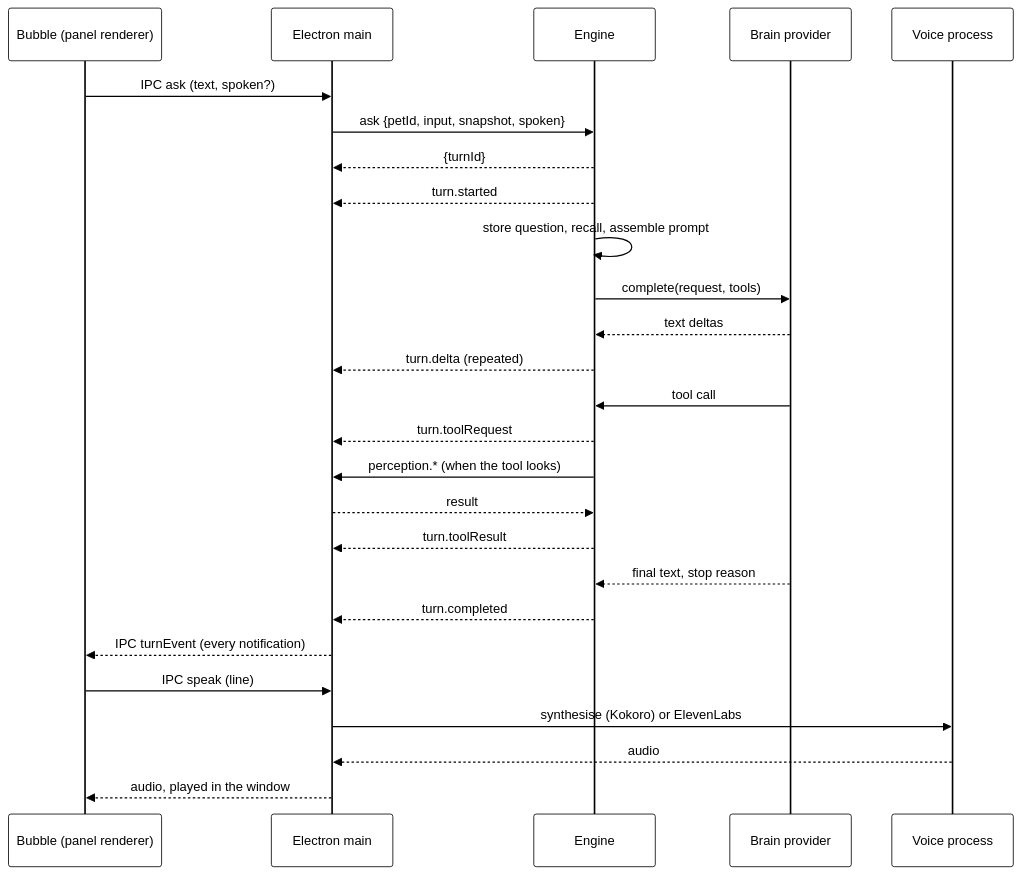
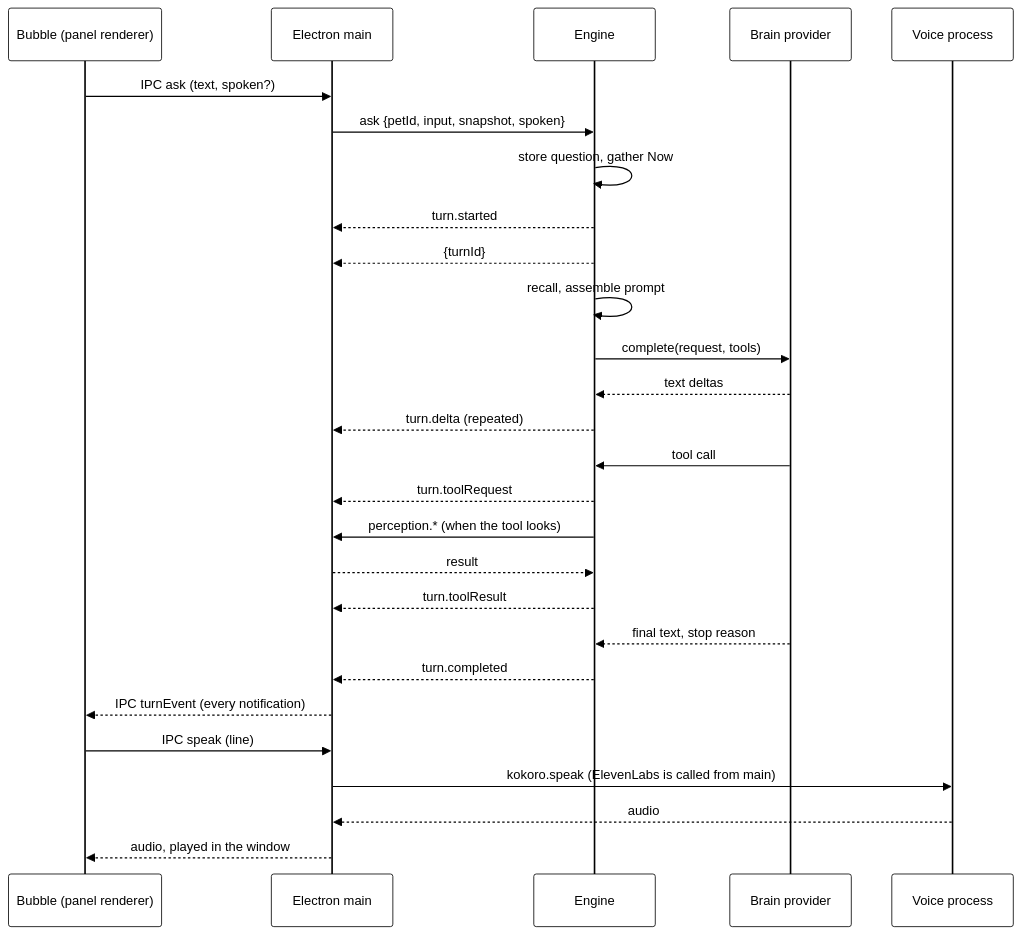
The third of 4 diagrams in docs/architecture.md (nadeem4/tagalong), drawn with Mermaid before and after one commit. The commit also changed 7 other files, not shown here.

````diff
--- a/docs/architecture.md
+++ b/docs/architecture.md
@@ -204,29 +204,30 @@
 ```mermaid
 %%{init: {"theme": "base", "themeVariables": {"primaryColor": "#ffffff", "primaryTextColor": "#000000", "primaryBorderColor": "#000000", "lineColor": "#808080", "secondaryColor": "#f2f2f2", "tertiaryColor": "#ffffff", "clusterBkg": "#f7f7f7", "clusterBorder": "#808080", "edgeLabelBackground": "#ffffff", "titleColor": "#808080", "fontFamily": "Segoe UI, Helvetica, Arial, sans-serif"}}}%%
 sequenceDiagram
   participant B as Bubble (panel renderer)
   participant M as Electron main
   participant E as Engine
   participant P as Brain provider
   participant V as Voice process
   B->>M: IPC ask (text, spoken?)
   M->>E: ask {petId, input, snapshot, spoken}
+  E->>E: store question, gather Now
+  E-->>M: turn.started
   E-->>M: {turnId}
-  E-->>M: turn.started
-  E->>E: store question, recall, assemble prompt
+  E->>E: recall, assemble prompt
   E->>P: complete(request, tools)
   P-->>E: text deltas
   E-->>M: turn.delta (repeated)
   P->>E: tool call
   E-->>M: turn.toolRequest
   E->>M: perception.* (when the tool looks)
   M-->>E: result
   E-->>M: turn.toolResult
   P-->>E: final text, stop reason
   E-->>M: turn.completed
   M-->>B: IPC turnEvent (every notification)
   B->>M: IPC speak (line)
-  M->>V: synthesise (Kokoro) or ElevenLabs
+  M->>V: kokoro.speak (ElevenLabs is called from main)
   V-->>M: audio
   M-->>B: audio, played in the window
 ```
````
